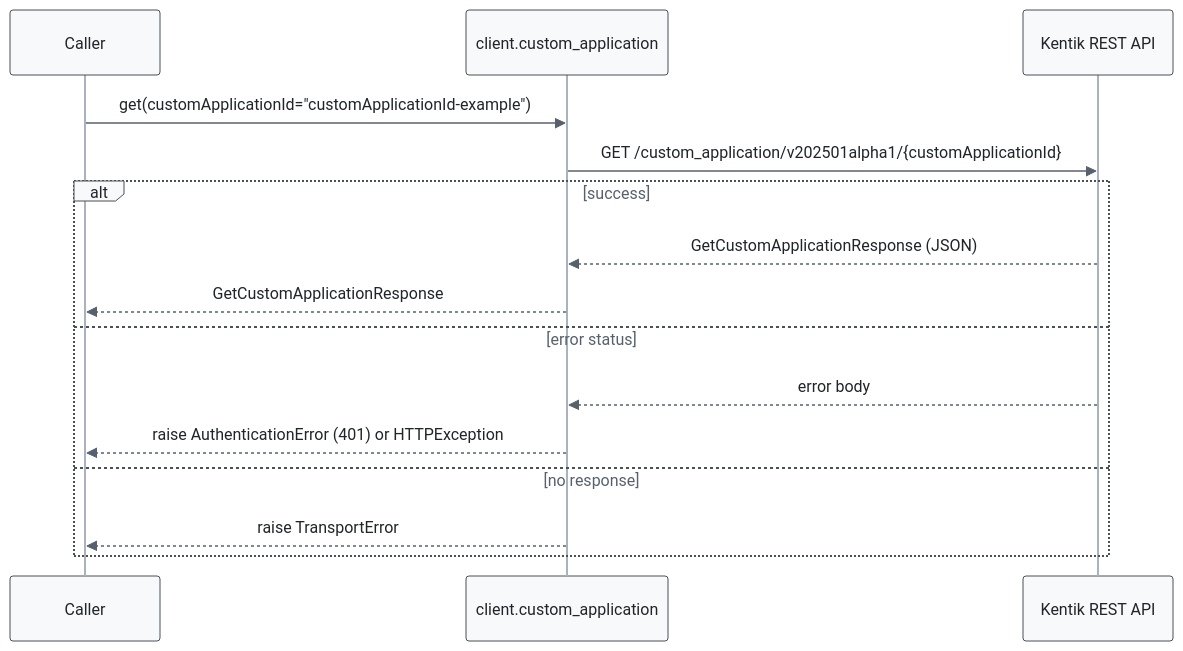
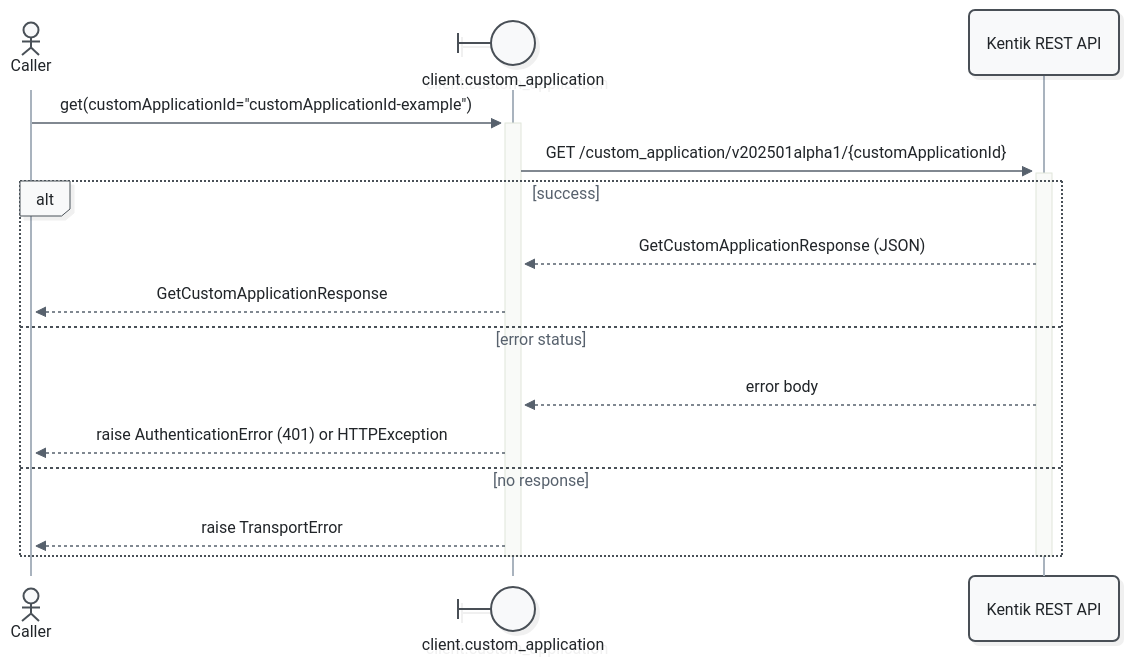
One commit to alexdearaujo/community_sdk_python changed the fifth of 11 diagrams in docs/sphinx/services/custom_application.md. Above: the diagram before and after it, drawn with Mermaid. The commit also changed other lines of this file and 52 other files, not shown here.

First line of the commit message:
docs: Mermaid 12 sequence diagrams with participant types and path colors

````diff
--- a/docs/sphinx/services/custom_application.md
+++ b/docs/sphinx/services/custom_application.md
@@ -182,19 +192,21 @@
 ```mermaid
-%%{init: {"theme": "base", "fontFamily": "ui-monospace, SFMono-Regular, Menlo, monospace", "themeVariables": {"fontFamily": "ui-monospace, SFMono-Regular, Menlo, monospace", "primaryColor": "#f8f9fa", "primaryBorderColor": "#495057", "primaryTextColor": "#212529", "textColor": "#212529", "lineColor": "#77818c", "edgeLabelBackground": "#ffffff", "actorBkg": "#f8f9fa", "actorBorder": "#495057", "actorTextColor": "#212529", "actorLineColor": "#a9b3be", "signalColor": "#57616d", "signalTextColor": "#212529", "labelBoxBkgColor": "#f8f9fa", "labelBoxBorderColor": "#495057", "labelTextColor": "#212529", "loopTextColor": "#57616d", "noteBkgColor": "#fff9db", "noteBorderColor": "#f08c00", "noteTextColor": "#a35a00"}, "flowchart": {"curve": "step", "nodeSpacing": 30, "rankSpacing": 70, "wrappingWidth": 400}}}%%
+%%{init: {"theme": "redux", "look": "neo", "layout": "dagre", "fontFamily": "ui-monospace, SFMono-Regular, Menlo, monospace", "themeVariables": {"fontFamily": "ui-monospace, SFMono-Regular, Menlo, monospace", "primaryColor": "#f8f9fa", "primaryBorderColor": "#495057", "primaryTextColor": "#212529", "textColor": "#212529", "lineColor": "#77818c", "edgeLabelBackground": "#ffffff", "actorBkg": "#f8f9fa", "actorBorder": "#495057", "actorTextColor": "#212529", "actorLineColor": "#a9b3be", "signalColor": "#57616d", "signalTextColor": "#212529", "labelBoxBkgColor": "#f8f9fa", "labelBoxBorderColor": "#495057", "labelTextColor": "#212529", "loopTextColor": "#57616d", "noteBkgColor": "#fff9db", "noteBorderColor": "#f08c00", "noteTextColor": "#a35a00"}, "sequence": {"activationWidth": 16}, "flowchart": {"curve": "step", "nodeSpacing": 30, "rankSpacing": 70, "wrappingWidth": 400}}}%%
 sequenceDiagram
-    participant C as Caller
-    participant W as client.custom_application
+    actor C as Caller
+    participant W@{ "type": "boundary" } as client.custom_application
     participant API as Kentik REST API
 
-    C->>W: get(customApplicationId="customApplicationId-example")
-    W->>API: GET /custom_application/v202501alpha1/{customApplicationId}
+    C->>+W: get(customApplicationId="customApplicationId-example")
+    W->>+API: GET /custom_application/v202501alpha1/{customApplicationId}
     alt success
         API-->>W: GetCustomApplicationResponse (JSON)
         W-->>C: GetCustomApplicationResponse
     else error status
         API-->>W: error body
         W-->>C: raise AuthenticationError (401) or HTTPException
     else no response
         W-->>C: raise TransportError
     end
+    deactivate API
+    deactivate W
 ```
````
